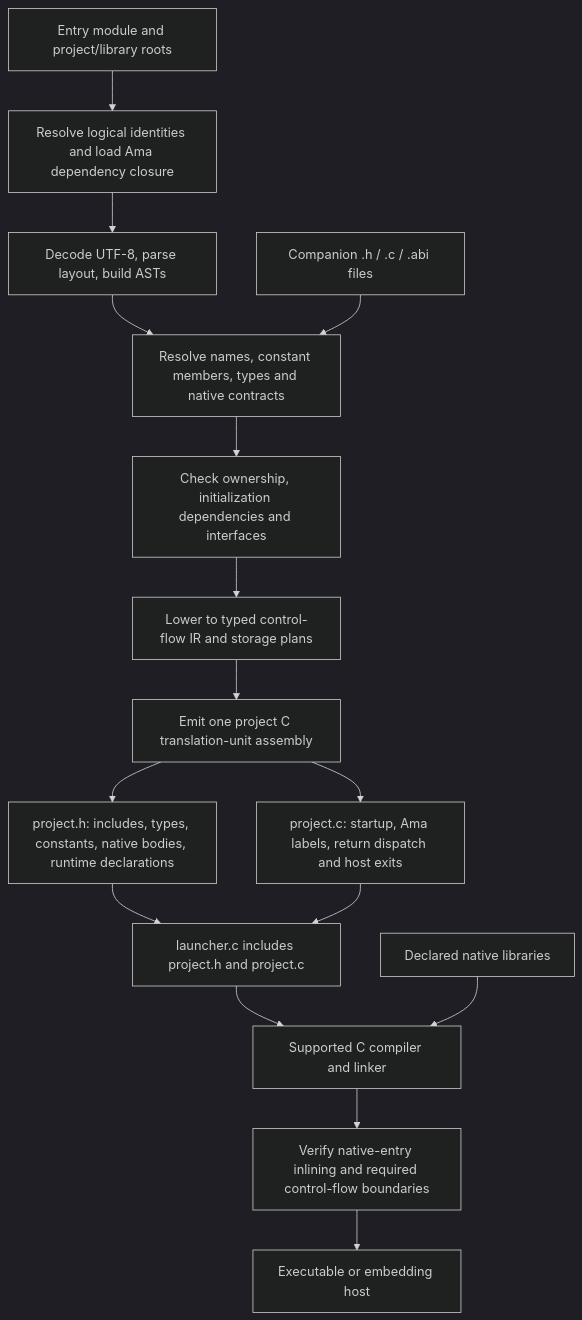
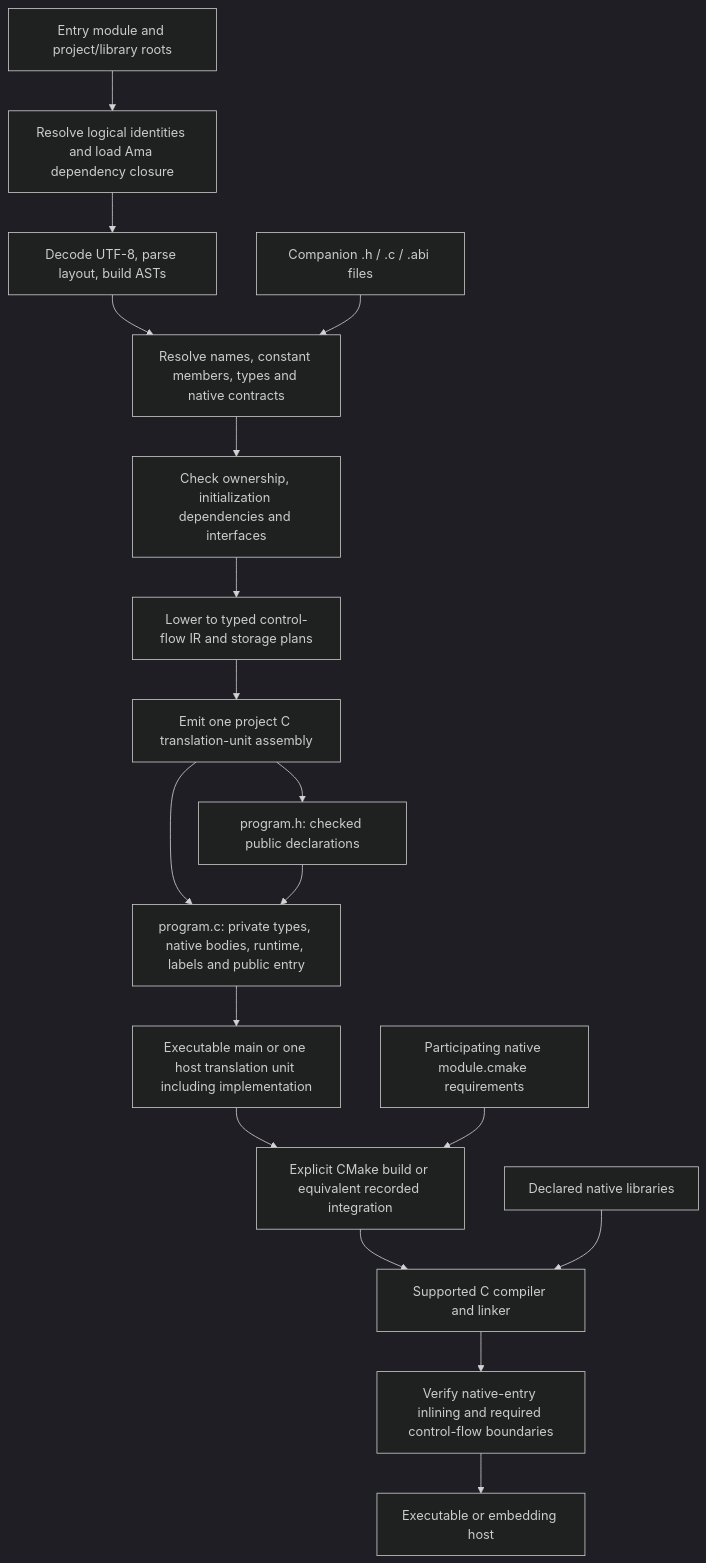
Before and after one commit to mem-memov/ama: the diagram in spec/implementation/compiler.md, drawn with Mermaid (dark theme). The commit also changed other lines of this file and 19 other files, not shown here.

Commit message:
T229: specify CMake builds and one-shot C inclusion

````diff
--- a/spec/implementation/compiler.md
+++ b/spec/implementation/compiler.md
@@ -268,18 +283,20 @@
 ```mermaid
 flowchart TD
     Entry[Entry module and project/library roots] --> Load[Resolve logical identities and load Ama dependency closure]
     Load --> Parse[Decode UTF-8, parse layout, build ASTs]
     Parse --> Bind[Resolve names, constant members, types and native contracts]
     Native[Companion .h / .c / .abi files] --> Bind
     Bind --> Check[Check ownership, initialization dependencies and interfaces]
     Check --> IR[Lower to typed control-flow IR and storage plans]
     IR --> Emit[Emit one project C translation-unit assembly]
-    Emit --> Header[project.h: includes, types, constants, native bodies, runtime declarations]
-    Emit --> Body[project.c: startup, Ama labels, return dispatch and host exits]
-    Header --> Launcher[launcher.c includes project.h and project.c]
-    Body --> Launcher
-    Launcher --> CCompiler[Supported C compiler and linker]
+    Emit --> Header[program.h: checked public declarations]
+    Emit --> Body[program.c: private types, native bodies, runtime, labels and public entry]
+    Header --> Body
+    Body --> Delivery[Executable main or one host translation unit including implementation]
+    Delivery --> CMake[Explicit CMake build or equivalent recorded integration]
+    Requirements[Participating native module.cmake requirements] --> CMake
+    CMake --> CCompiler[Supported C compiler and linker]
     Libraries[Declared native libraries] --> CCompiler
     CCompiler --> Verify[Verify native-entry inlining and required control-flow boundaries]
     Verify --> Program[Executable or embedding host]
 ```
````
